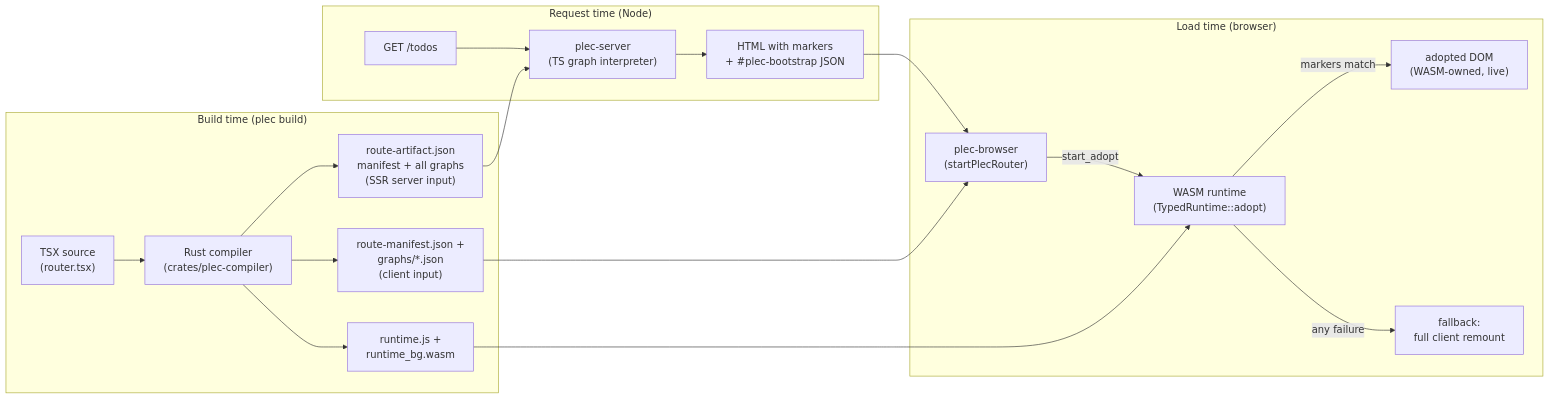
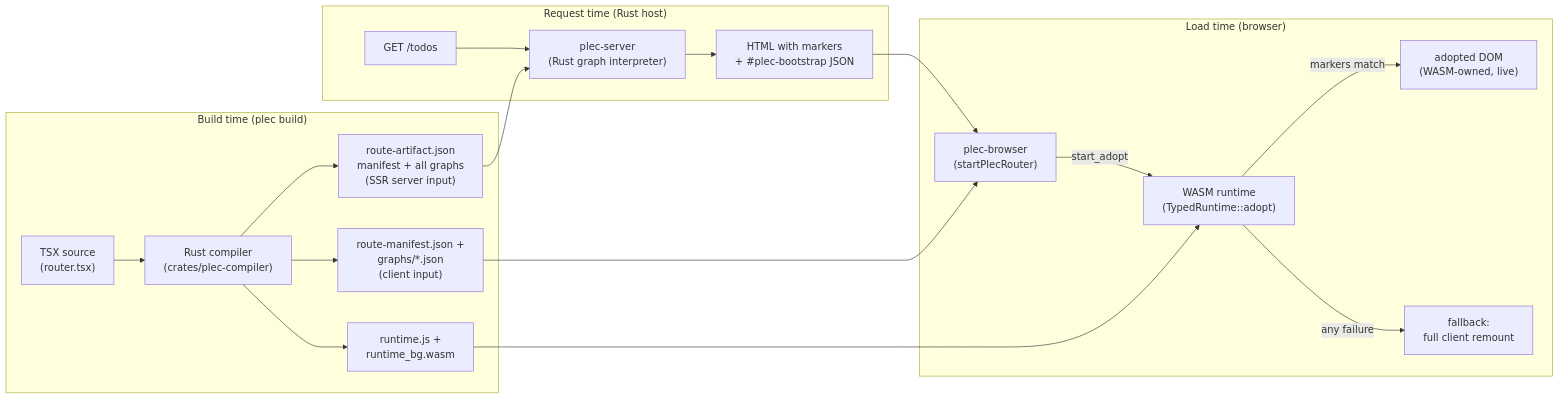
One commit to haitchstubbs/plec changed the first of 2 diagrams in docs/ssr-architecture.md. Above: the diagram before and after it, drawn with Mermaid. The commit also changed other lines of this file and 29 other files, not shown here.

First line of the commit message:
refactor: remove plec-server package and related references

````diff
--- a/docs/ssr-architecture.md
+++ b/docs/ssr-architecture.md
@@ -17,24 +17,24 @@
 ```mermaid
 flowchart LR
     subgraph build["Build time (plec build)"]
         SRC["TSX source\n(router.tsx)"] --> RC["Rust compiler\n(crates/plec-compiler)"]
         RC --> RA["route-artifact.json\nmanifest + all graphs\n(SSR server input)"]
         RC --> RM["route-manifest.json +\ngraphs/*.json\n(client input)"]
         RC --> WASM["runtime.js +\nruntime_bg.wasm"]
     end
 
-    subgraph server["Request time (Node)"]
-        REQ["GET /todos"] --> PS["plec-server\n(TS graph interpreter)"]
+    subgraph server["Request time (Rust host)"]
+        REQ["GET /todos"] --> PS["plec-server\n(Rust graph interpreter)"]
         RA --> PS
         PS --> HTML["HTML with markers\n+ #plec-bootstrap JSON"]
     end
 
     subgraph client["Load time (browser)"]
         HTML --> BR["plec-browser\n(startPlecRouter)"]
         RM --> BR
         BR -->|start_adopt| RT["WASM runtime\n(TypedRuntime::adopt)"]
         WASM --> RT
         RT -->|markers match| LIVE["adopted DOM\n(WASM-owned, live)"]
         RT -->|any failure| FB["fallback:\nfull client remount"]
     end
 ```
````
